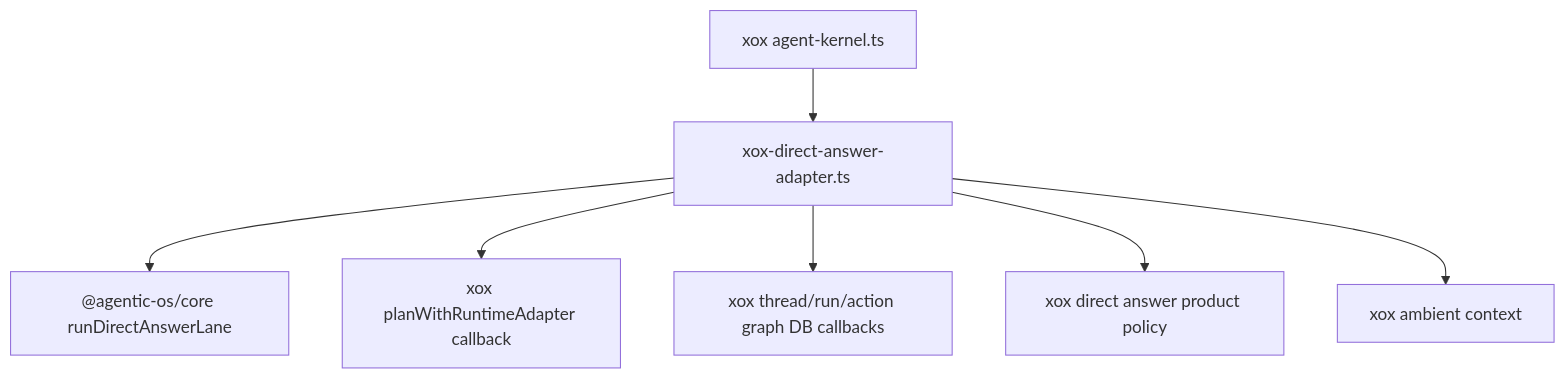
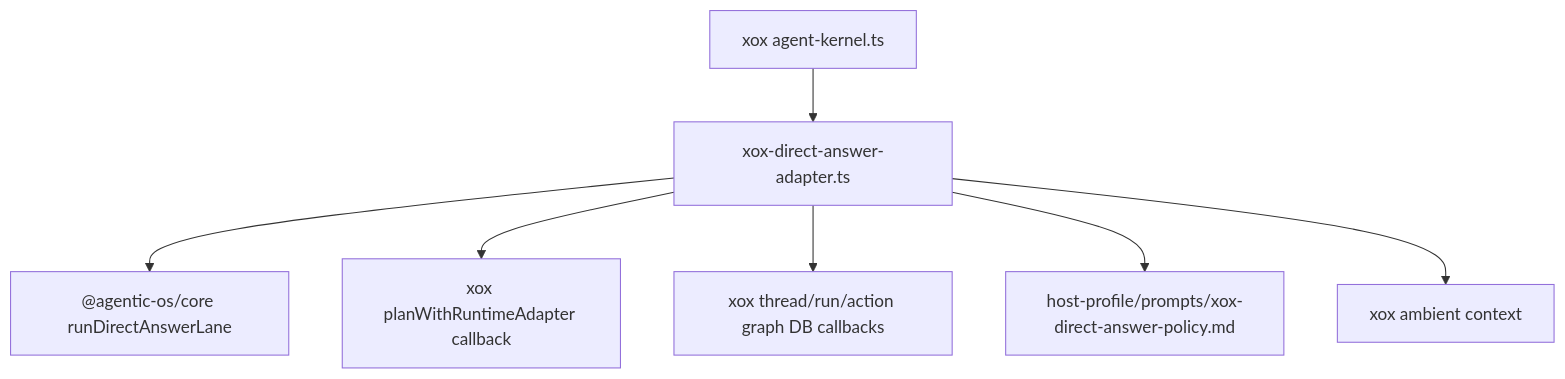
Before and after one commit to Suysker/xox-model: the diagram in docs/agentic-os-integration/m112-direct-answer-lane-core.md, drawn with Mermaid. The commit also changed other lines of this file and 11 other files, not shown here.

Commit message:
refactor(api): keep prompts as host profile assets

````diff
--- a/docs/agentic-os-integration/m112-direct-answer-lane-core.md
+++ b/docs/agentic-os-integration/m112-direct-answer-lane-core.md
@@ -41,9 +41,9 @@
 ```mermaid
 flowchart TD
     Kernel["xox agent-kernel.ts"] --> Adapter["xox-direct-answer-adapter.ts"]
     Adapter --> Lane["@agentic-os/core runDirectAnswerLane"]
     Adapter --> Runtime["xox planWithRuntimeAdapter callback"]
     Adapter --> Store["xox thread/run/action graph DB callbacks"]
-    Adapter --> Prompt["xox direct answer product policy"]
+    Adapter --> Prompt["host-profile/prompts/xox-direct-answer-policy.md"]
     Adapter --> Ambient["xox ambient context"]
 ```
````
